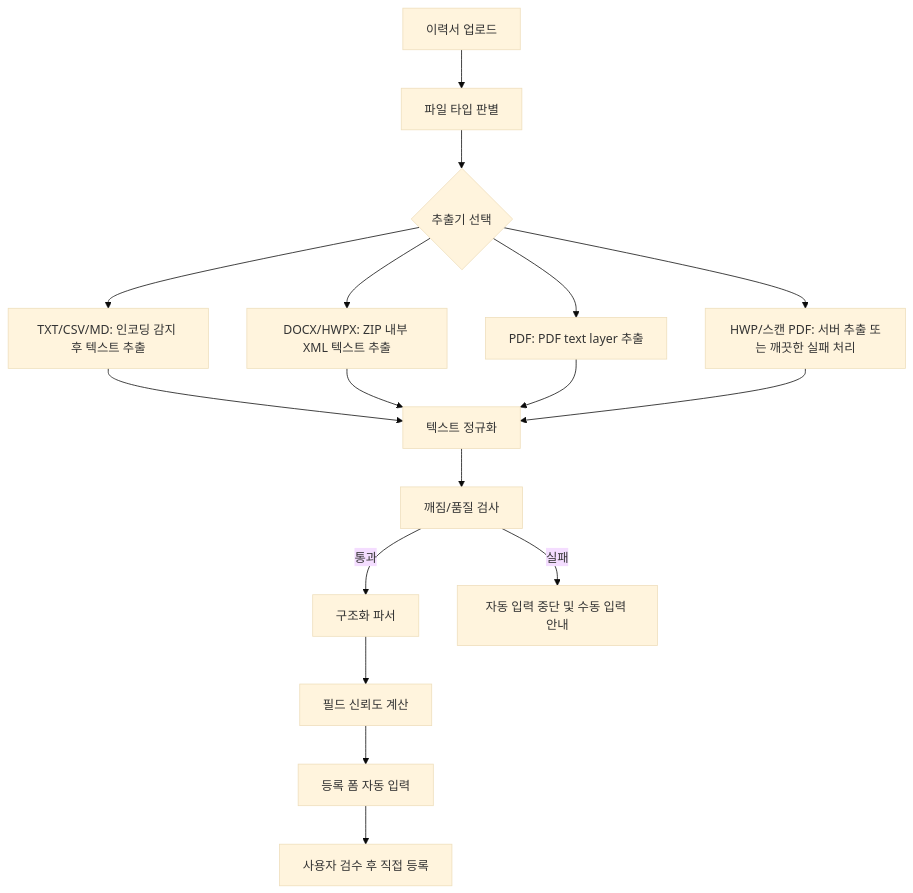
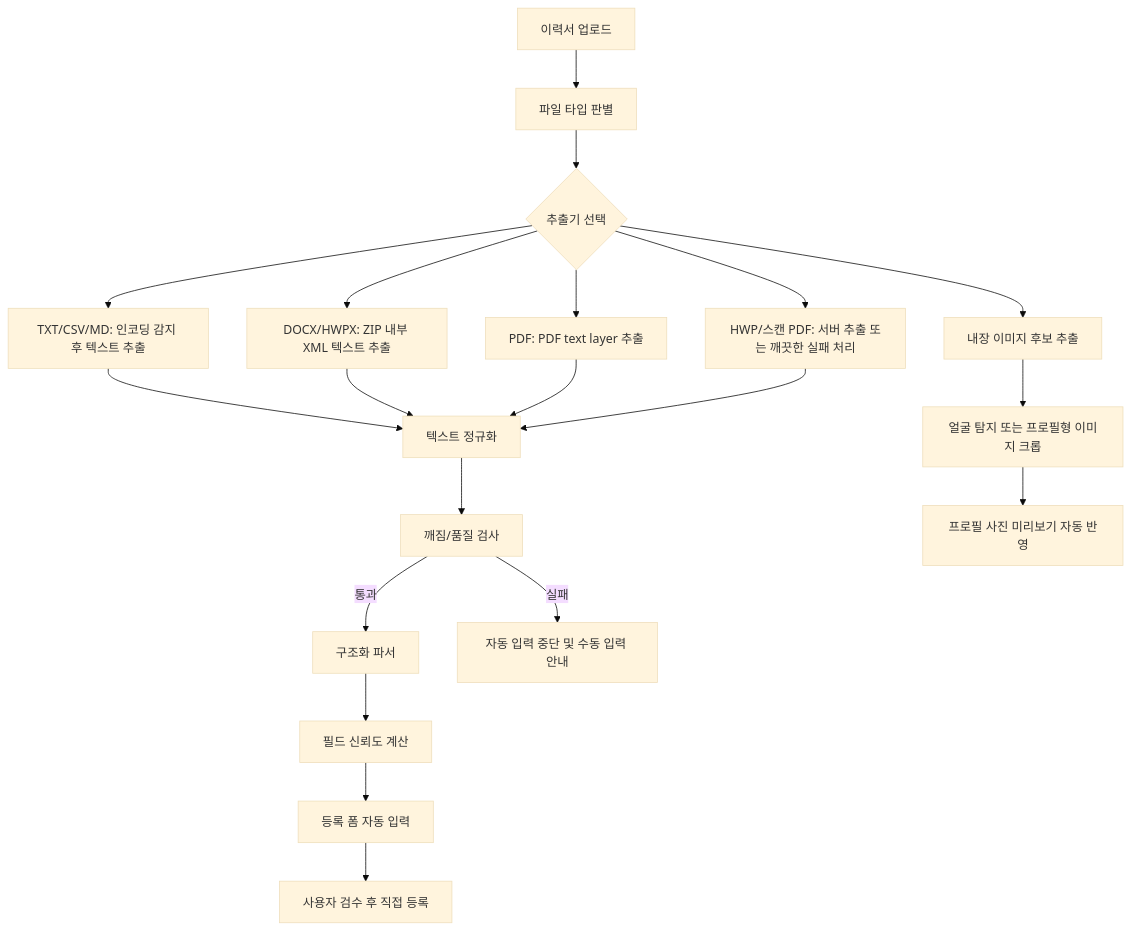
Before and after one commit to Woodoong-PAPA/TalentHub: the diagram in docs/02-design/features/resume-parsing.design.md, drawn with Mermaid (base theme). The commit also changed other lines of this file and 8 other files, not shown here.

````diff
--- a/docs/02-design/features/resume-parsing.design.md
+++ b/docs/02-design/features/resume-parsing.design.md
@@ -92,19 +95,22 @@
 ```mermaid
 flowchart TD
     A["이력서 업로드"] --> B["파일 타입 판별"]
     B --> C{"추출기 선택"}
     C --> D["TXT/CSV/MD: 인코딩 감지 후 텍스트 추출"]
     C --> E["DOCX/HWPX: ZIP 내부 XML 텍스트 추출"]
     C --> F["PDF: PDF text layer 추출"]
     C --> G["HWP/스캔 PDF: 서버 추출 또는 깨끗한 실패 처리"]
+    C --> P["내장 이미지 후보 추출"]
     D --> H["텍스트 정규화"]
     E --> H
     F --> H
     G --> H
     H --> I["깨짐/품질 검사"]
     I -->|통과| J["구조화 파서"]
     I -->|실패| K["자동 입력 중단 및 수동 입력 안내"]
     J --> L["필드 신뢰도 계산"]
     L --> M["등록 폼 자동 입력"]
+    P --> Q["얼굴 탐지 또는 프로필형 이미지 크롭"]
+    Q --> R["프로필 사진 미리보기 자동 반영"]
     M --> N["사용자 검수 후 직접 등록"]
 ```
````
